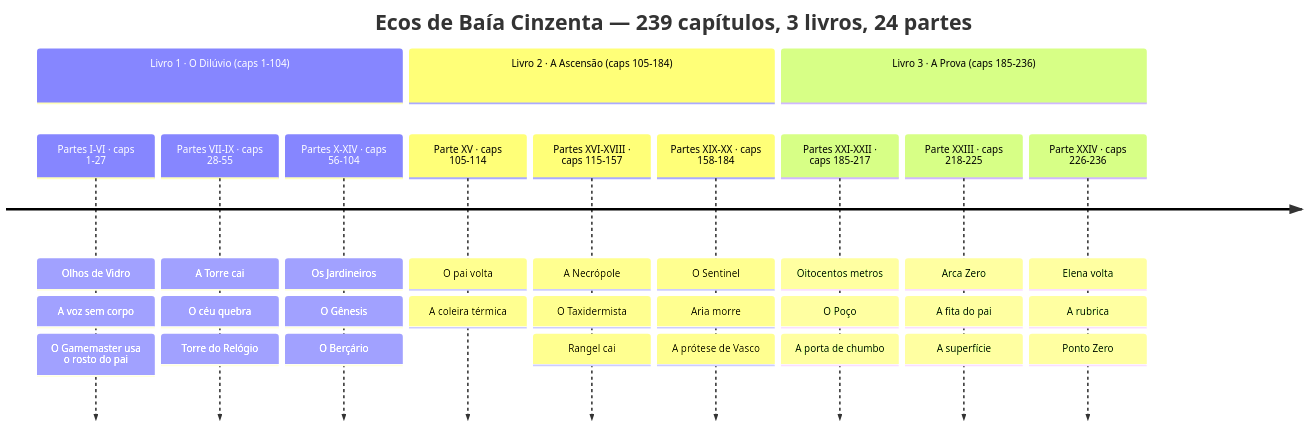
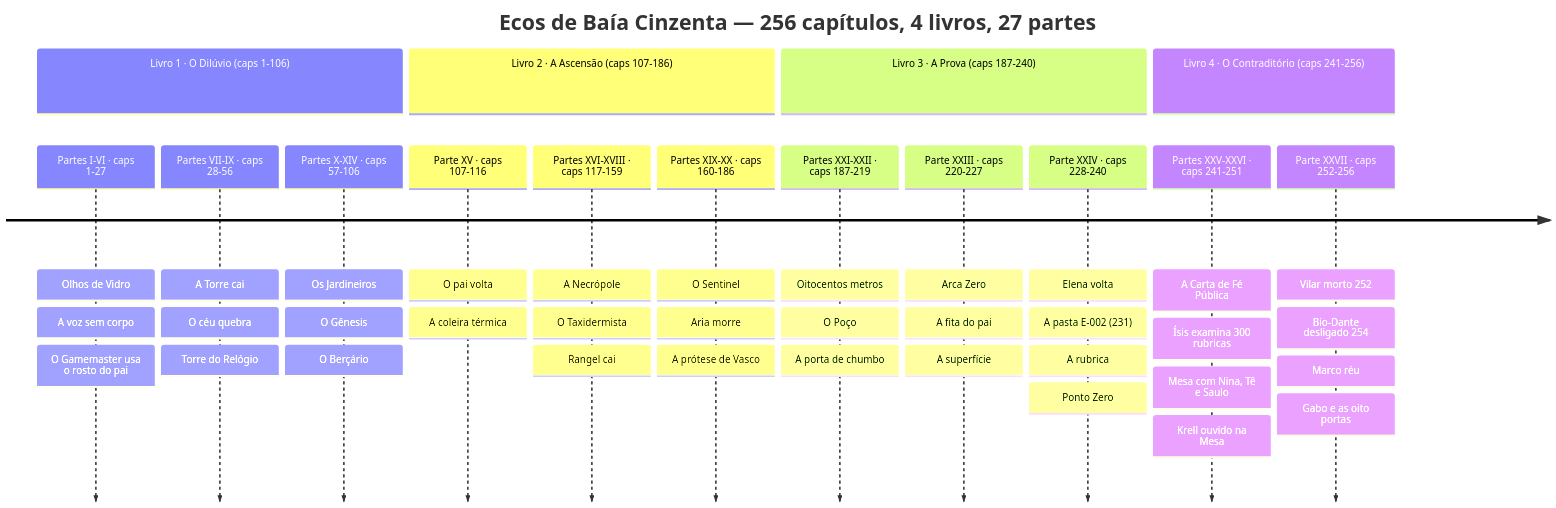
Before and after one commit to juninmd/ecos-de-baia-cinzenta: the first of 4 diagrams in docs/arcos.md, drawn with Mermaid. The commit also changed other lines of this file and 803 other files, not shown here.

````diff
--- a/docs/arcos.md
+++ b/docs/arcos.md
@@ -15,16 +15,19 @@
 ```mermaid
 timeline
-    title Ecos de Baía Cinzenta — 239 capítulos, 3 livros, 24 partes
-    section Livro 1 · O Dilúvio (caps 1-104)
+    title Ecos de Baía Cinzenta — 256 capítulos, 4 livros, 27 partes
+    section Livro 1 · O Dilúvio (caps 1-106)
         Partes I-VI · caps 1-27 : Olhos de Vidro : A voz sem corpo : O Gamemaster usa o rosto do pai
-        Partes VII-IX · caps 28-55 : A Torre cai : O céu quebra : Torre do Relógio
-        Partes X-XIV · caps 56-104 : Os Jardineiros : O Gênesis : O Berçário
-    section Livro 2 · A Ascensão (caps 105-184)
-        Parte XV · caps 105-114 : O pai volta : A coleira térmica
-        Partes XVI-XVIII · caps 115-157 : A Necrópole : O Taxidermista : Rangel cai
-        Partes XIX-XX · caps 158-184 : O Sentinel : Aria morre : A prótese de Vasco
-    section Livro 3 · A Prova (caps 185-236)
-        Partes XXI-XXII · caps 185-217 : Oitocentos metros : O Poço : A porta de chumbo
-        Parte XXIII · caps 218-225 : Arca Zero : A fita do pai : A superfície
-        Parte XXIV · caps 226-236 : Elena volta : A rubrica : Ponto Zero
+        Partes VII-IX · caps 28-56 : A Torre cai : O céu quebra : Torre do Relógio
+        Partes X-XIV · caps 57-106 : Os Jardineiros : O Gênesis : O Berçário
+    section Livro 2 · A Ascensão (caps 107-186)
+        Parte XV · caps 107-116 : O pai volta : A coleira térmica
+        Partes XVI-XVIII · caps 117-159 : A Necrópole : O Taxidermista : Rangel cai
+        Partes XIX-XX · caps 160-186 : O Sentinel : Aria morre : A prótese de Vasco
+    section Livro 3 · A Prova (caps 187-240)
+        Partes XXI-XXII · caps 187-219 : Oitocentos metros : O Poço : A porta de chumbo
+        Parte XXIII · caps 220-227 : Arca Zero : A fita do pai : A superfície
+        Parte XXIV · caps 228-240 : Elena volta : A pasta E-002 (231) : A rubrica : Ponto Zero
+    section Livro 4 · O Contraditório (caps 241-256)
+        Partes XXV-XXVI · caps 241-251 : A Carta de Fé Pública : Ísis examina 300 rubricas : Mesa com Nina, Tê e Saulo : Krell ouvido na Mesa
+        Parte XXVII · caps 252-256 : Vilar morto 252 : Bio-Dante desligado 254 : Marco réu : Gabo e as oito portas
 ```
````
